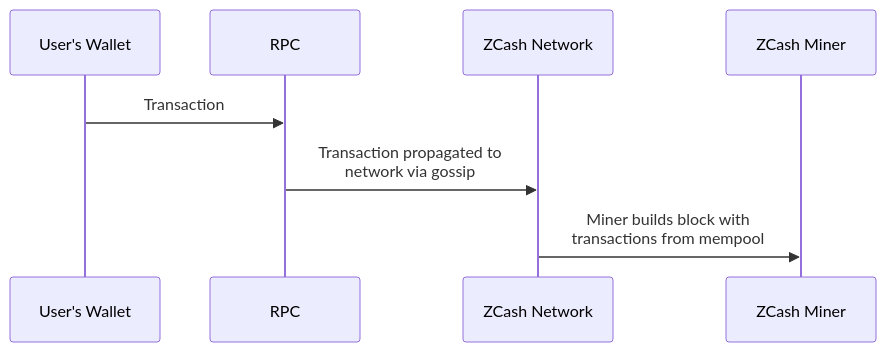
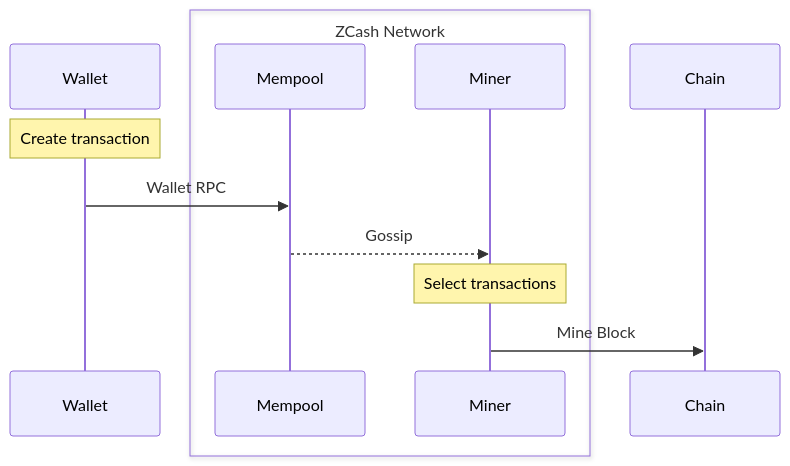
Before and after one commit to tachyon-zcash/tachyon: the first of 2 diagrams in book/src/network_roles/overview.md, drawn with Mermaid. The commit also changed other lines of this file, not shown here.

Commit message:
iterate graph design (#15)

````diff
--- a/book/src/network_roles/overview.md
+++ b/book/src/network_roles/overview.md
@@ -5,11 +5,15 @@
 ```mermaid
 sequenceDiagram
-    participant Wallet as User's Wallet
-    participant RPC
-    participant Network as ZCash Network
-    participant Miner as ZCash Miner
+    participant Wallet
+    box ZCash Network
+        participant Mempool
+        participant Miner
+    end
+    participant Chain
 
-    Wallet->>RPC: Transaction
-    RPC->>Network: Transaction propagated to<br/>network via gossip
-    Network->>Miner: Miner builds block with<br/>transactions from mempool
+    note over Wallet: Create transaction
+    Wallet ->> Mempool: Wallet RPC
+    Mempool -->> Miner: Gossip
+    note over Miner: Select transactions
+    Miner ->> Chain: Mine Block
 ```
````
